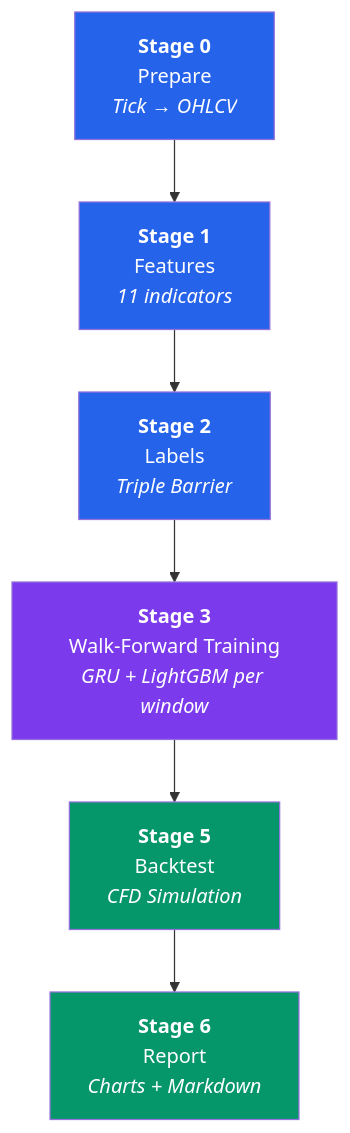
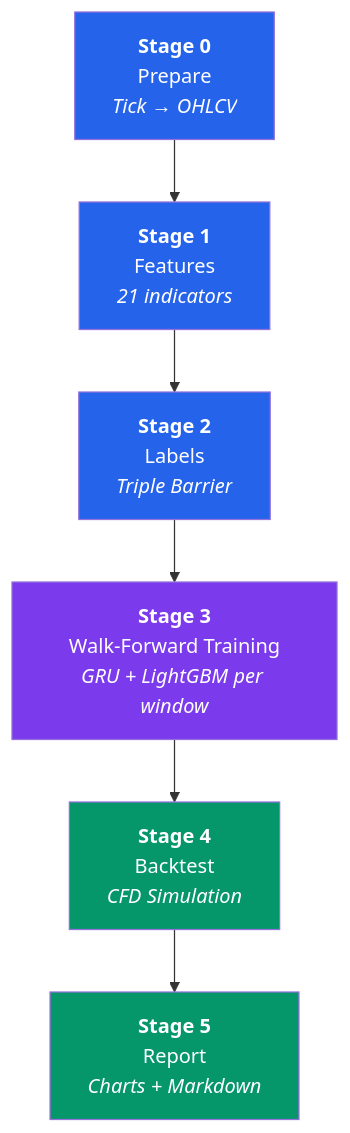
The second of 10 diagrams in docs/ARCHITECTURE.md (ultimateBroK/thesis-lgbm), drawn with Mermaid before and after one commit. The commit also changed other lines of this file and 16 other files, not shown here.

First line of the commit message:
feat: enhance configuration and pipeline for improved validation and model architecture

````diff
--- a/docs/ARCHITECTURE.md
+++ b/docs/ARCHITECTURE.md
@@ -50,18 +49,18 @@
 ```mermaid
 flowchart TD
     S0["<b>Stage 0</b><br/>Prepare<br/><i>Tick → OHLCV</i>"]
-    S1["<b>Stage 1</b><br/>Features<br/><i>11 indicators</i>"]
+    S1["<b>Stage 1</b><br/>Features<br/><i>21 indicators</i>"]
     S2["<b>Stage 2</b><br/>Labels<br/><i>Triple Barrier</i>"]
     S3["<b>Stage 3</b><br/>Walk-Forward Training<br/><i>GRU + LightGBM per window</i>"]
-    S5["<b>Stage 5</b><br/>Backtest<br/><i>CFD Simulation</i>"]
-    S6["<b>Stage 6</b><br/>Report<br/><i>Charts + Markdown</i>"]
+    S4["<b>Stage 4</b><br/>Backtest<br/><i>CFD Simulation</i>"]
+    S5["<b>Stage 5</b><br/>Report<br/><i>Charts + Markdown</i>"]
 
-    S0 --> S1 --> S2 --> S3 --> S5 --> S6
+    S0 --> S1 --> S2 --> S3 --> S4 --> S5
 
     style S0 fill:#2563EB,color:#fff
     style S1 fill:#2563EB,color:#fff
     style S2 fill:#2563EB,color:#fff
     style S3 fill:#7C3AED,color:#fff
+    style S4 fill:#059669,color:#fff
     style S5 fill:#059669,color:#fff
-    style S6 fill:#059669,color:#fff
 ```
````
